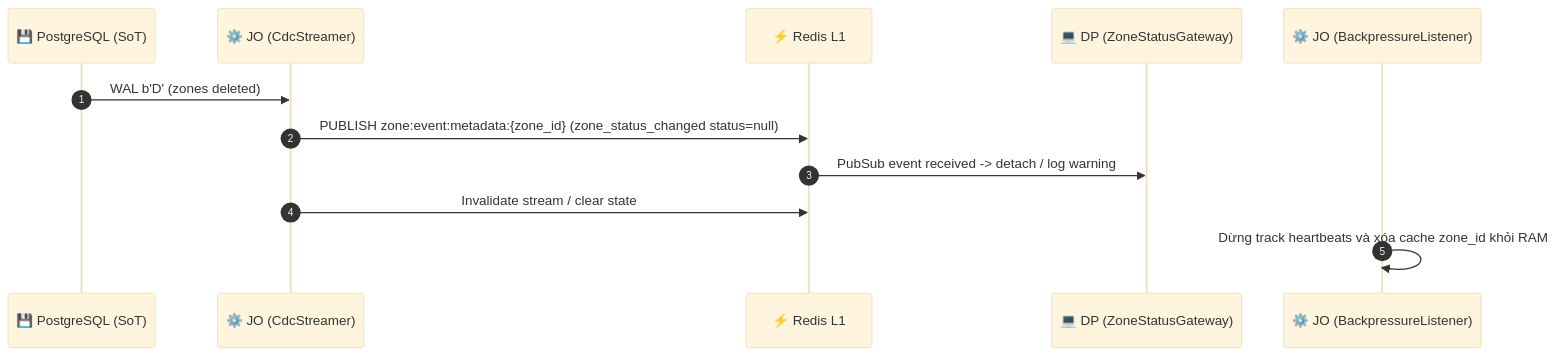
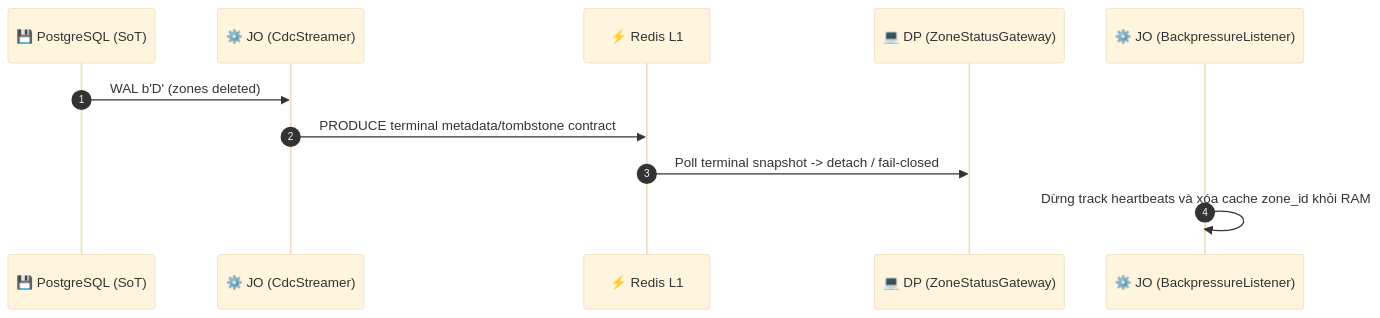
Diagram 14 of 21 in god_view/hierarchy/zone_lifecycle_god_view.md (phucle996/aurora), drawn with Mermaid (base theme) before and after one commit. The commit also changed other lines of this file and 91 other files, not shown here.

Commit message:
feat: migrate job-orchestrator and dataplane communication from Redis PubSub to Kafka transport layer

````diff
--- a/god_view/hierarchy/zone_lifecycle_god_view.md
+++ b/god_view/hierarchy/zone_lifecycle_god_view.md
@@ -723,15 +722,14 @@
 ```mermaid
 sequenceDiagram
     autonumber
     participant DB as 💾 PostgreSQL (SoT)
     participant JO_CDC as ⚙️ JO (CdcStreamer)
     participant L1 as ⚡ Redis L1
     participant DP_Gate as 💻 DP (ZoneStatusGateway)
     participant JO_Back as ⚙️ JO (BackpressureListener)
 
     DB->>JO_CDC: WAL b'D' (zones deleted)
-    JO_CDC->>L1: PUBLISH zone:event:metadata:{zone_id} (zone_status_changed status=null)
-    L1->>DP_Gate: PubSub event received -> detach / log warning
-    JO_CDC->>L1: Invalidate stream / clear state
+    JO_CDC->>L1: PRODUCE terminal metadata/tombstone contract
+    L1->>DP_Gate: Poll terminal snapshot -> detach / fail-closed
     JO_Back->>JO_Back: Dừng track heartbeats và xóa cache zone_id khỏi RAM
 ```
````
